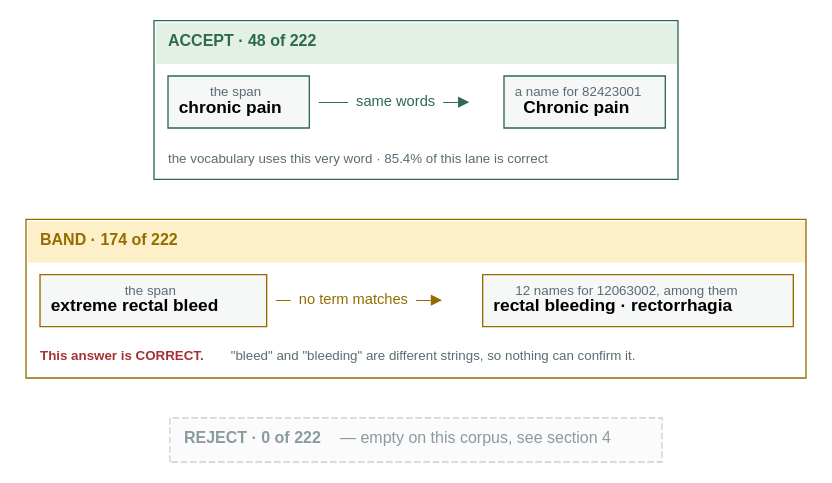
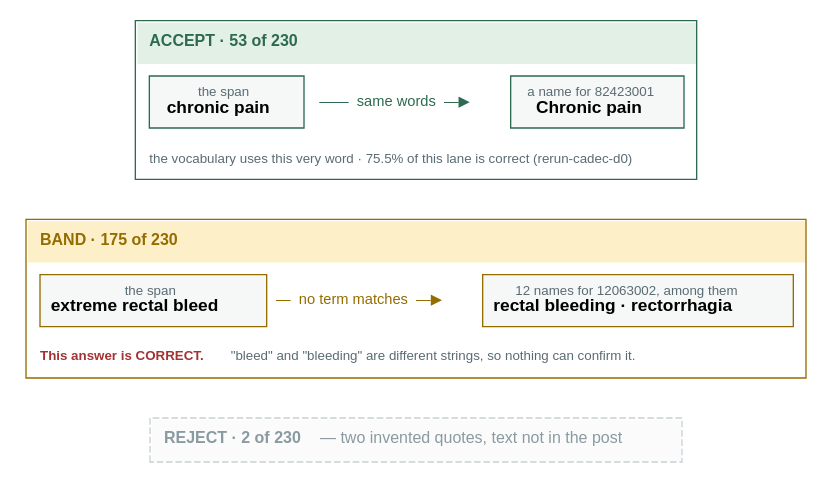
The diagram in docs/figures/fig4a-accept-cadec.dot (wbagais/reliability-ladder), drawn with Graphviz before and after one commit. The commit also changed 21 other files, not shown here.

```diff
--- a/docs/figures/fig4a-accept-cadec.dot
+++ b/docs/figures/fig4a-accept-cadec.dot
@@ -1,39 +1,39 @@
 // What rung 1's verdicts look like on CADEC. Two panels, because REJECT is
 // near-empty on this corpus — 2, 2 and 3 records across the three base draws.
 //
 // Both records are real and were replayed 2026-09-02 through r1.zone with the
 // shipped lexical_mode=exact: "chronic pain" matches a term for 82423001;
 // "extreme rectal bleed" matches none of the twelve terms 12063002 carries, and
 // is a CORRECT answer sitting in BAND.
 digraph accept_cadec {
   rankdir=TB; bgcolor="white"; nodesep=0.28; ranksep=0.30;
   node [shape=none fontname="Helvetica" fontsize=12];
 
   acc [label=<<TABLE BORDER="1" CELLBORDER="0" CELLSPACING="0" CELLPADDING="9" COLOR="#2d6a4f">
-    <TR><TD ALIGN="LEFT" BGCOLOR="#e3f0e6"><FONT POINT-SIZE="12" COLOR="#2d6a4f"><B>ACCEPT · 48 of 222</B></FONT></TD></TR>
+    <TR><TD ALIGN="LEFT" BGCOLOR="#e3f0e6"><FONT POINT-SIZE="12" COLOR="#2d6a4f"><B>ACCEPT · 53 of 230</B></FONT></TD></TR>
     <TR><TD ALIGN="LEFT" BGCOLOR="#ffffff"><TABLE BORDER="0" CELLBORDER="1" CELLSPACING="0" CELLPADDING="7">
       <TR>
         <TD BGCOLOR="#f6f8f8"><FONT POINT-SIZE="10.5" COLOR="#5a6b73">the span</FONT><BR/><FONT POINT-SIZE="13"><B>chronic pain</B></FONT></TD>
         <TD BORDER="0"><FONT POINT-SIZE="11" COLOR="#2d6a4f"> &#8212;&#8212;  same words  &#8212;&#9654; </FONT></TD>
         <TD BGCOLOR="#f6f8f8"><FONT POINT-SIZE="10.5" COLOR="#5a6b73">a name for 82423001</FONT><BR/><FONT POINT-SIZE="13"><B>Chronic pain</B></FONT></TD>
       </TR></TABLE></TD></TR>
-    <TR><TD ALIGN="LEFT" BGCOLOR="#ffffff"><FONT POINT-SIZE="10.5" COLOR="#5a6b73">the vocabulary uses this very word &#183; 85.4% of this lane is correct</FONT></TD></TR>
+    <TR><TD ALIGN="LEFT" BGCOLOR="#ffffff"><FONT POINT-SIZE="10.5" COLOR="#5a6b73">the vocabulary uses this very word &#183; 75.5% of this lane is correct (rerun-cadec-d0)</FONT></TD></TR>
     </TABLE>>];
 
   band [label=<<TABLE BORDER="1" CELLBORDER="0" CELLSPACING="0" CELLPADDING="9" COLOR="#946c00">
-    <TR><TD ALIGN="LEFT" BGCOLOR="#fdf0c8"><FONT POINT-SIZE="12" COLOR="#946c00"><B>BAND · 174 of 222</B></FONT></TD></TR>
+    <TR><TD ALIGN="LEFT" BGCOLOR="#fdf0c8"><FONT POINT-SIZE="12" COLOR="#946c00"><B>BAND · 175 of 230</B></FONT></TD></TR>
     <TR><TD ALIGN="LEFT" BGCOLOR="#ffffff"><TABLE BORDER="0" CELLBORDER="1" CELLSPACING="0" CELLPADDING="7">
       <TR>
         <TD BGCOLOR="#f6f8f8"><FONT POINT-SIZE="10.5" COLOR="#5a6b73">the span</FONT><BR/><FONT POINT-SIZE="13"><B>extreme rectal bleed</B></FONT></TD>
         <TD BORDER="0"><FONT POINT-SIZE="11" COLOR="#946c00"> &#8212;  no term matches  &#8212;&#9654; </FONT></TD>
         <TD BGCOLOR="#f6f8f8"><FONT POINT-SIZE="10.5" COLOR="#5a6b73">12 names for 12063002, among them</FONT><BR/><FONT POINT-SIZE="13"><B>rectal bleeding &#183; rectorrhagia</B></FONT></TD>
       </TR></TABLE></TD></TR>
     <TR><TD ALIGN="LEFT" BGCOLOR="#ffffff"><FONT POINT-SIZE="10.5" COLOR="#a33333"><B>This answer is CORRECT.</B> <FONT COLOR="#5a6b73">"bleed" and "bleeding" are different strings, so nothing can confirm it.</FONT></FONT></TD></TR>
     </TABLE>>];
 
   rej [label=<<TABLE BORDER="1" CELLBORDER="0" CELLSPACING="0" CELLPADDING="9" COLOR="#c8d1d5" STYLE="dashed">
-    <TR><TD ALIGN="LEFT" BGCOLOR="#fbfbfb"><FONT POINT-SIZE="12" COLOR="#8a9aa1"><B>REJECT &#183; 0 of 222</B> &#8212; empty on this corpus, see section 4</FONT></TD></TR>
+    <TR><TD ALIGN="LEFT" BGCOLOR="#fbfbfb"><FONT POINT-SIZE="12" COLOR="#8a9aa1"><B>REJECT &#183; 2 of 230</B> &#8212; two invented quotes, text not in the post</FONT></TD></TR>
     </TABLE>>];
 
   acc -> band [style=invis]; band -> rej [style=invis];
 }
```
